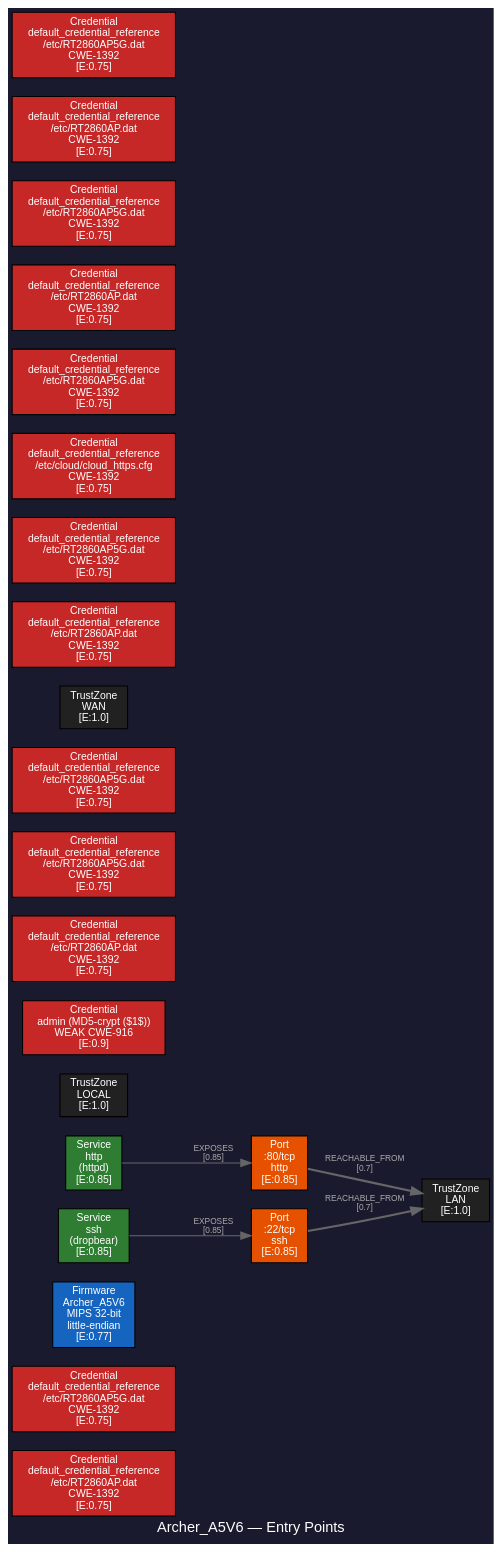
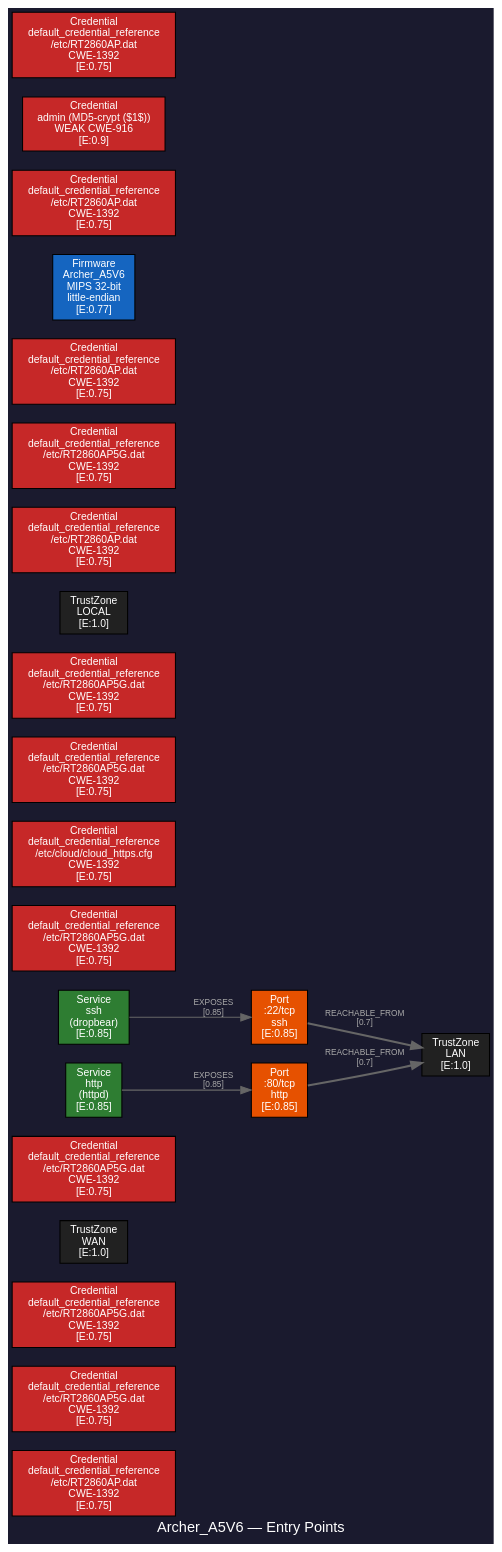
The diagram in analysis/Archer_A5V6/attack_surface/graph_entry_points.dot (masjadaan/fw-inspector), drawn with Graphviz before and after one commit. The commit also changed other lines of this file and 14 other files, not shown here.

```diff
--- a/analysis/Archer_A5V6/attack_surface/graph_entry_points.dot
+++ b/analysis/Archer_A5V6/attack_surface/graph_entry_points.dot
@@ -1,67 +1,67 @@
 digraph AttackSurface {
   label="Archer_A5V6 — Entry Points";
   graph [rankdir=LR fontname="Helvetica" bgcolor="#1a1a2e" labelfontcolor=white fontcolor=white];
   node [style=filled fontname="Helvetica" fontsize=10 fontcolor=white shape=box];
   edge [fontname="Helvetica" fontsize=8 fontcolor="#aaaaaa" color="#666666"];
 
+  "94be37a1-24bd-53a2-a498-72047276d1e6" [label="Credential\ndefault_credential_reference
+/etc/RT2860AP.dat
+CWE-1392\n[E:0.75]" fillcolor="#c62828"];
+  "c37d8892-79ee-5640-b28d-69d7a0d7cfff" [label="Credential\ndefault_credential_reference
+/etc/RT2860AP5G.dat
+CWE-1392\n[E:0.75]" fillcolor="#c62828"];
+  "35f1e079-f04b-56e1-a050-0d4300b50691" [label="Credential\ndefault_credential_reference
+/etc/RT2860AP5G.dat
+CWE-1392\n[E:0.75]" fillcolor="#c62828"];
+  "d8fd0554-f2d8-520a-bd9c-bdcb76f35719" [label="TrustZone\nWAN\n[E:1.0]" fillcolor="#212121"];
+  "aa217d6d-7ff6-51f3-809c-0520f198881f" [label="Credential\ndefault_credential_reference
+/etc/RT2860AP5G.dat
+CWE-1392\n[E:0.75]" fillcolor="#c62828"];
+  "9638fa9f-98ec-571f-b97a-9ae27fe69d1c" [label="Service\nssh
+(dropbear)\n[E:0.85]" fillcolor="#2e7d32"];
+  "47b0d35c-455f-596c-88f1-4f4329e287bb" [label="Credential\ndefault_credential_reference
+/etc/RT2860AP5G.dat
+CWE-1392\n[E:0.75]" fillcolor="#c62828"];
+  "9e6b0d2c-e2a2-5c00-a1ee-f7af6bf5b687" [label="Credential\ndefault_credential_reference
+/etc/cloud/cloud_https.cfg
+CWE-1392\n[E:0.75]" fillcolor="#c62828"];
+  "bd1394e0-d23a-57cf-b200-72576e83c7cd" [label="Port\n:22/tcp
+ssh\n[E:0.85]" fillcolor="#e65100"];
+  "3b293f21-0eb4-5f43-a812-6003abf47fe0" [label="Credential\ndefault_credential_reference
+/etc/RT2860AP5G.dat
+CWE-1392\n[E:0.75]" fillcolor="#c62828"];
+  "7dbc338d-87cb-5b26-b6a8-842c9860515c" [label="Credential\ndefault_credential_reference
+/etc/RT2860AP5G.dat
+CWE-1392\n[E:0.75]" fillcolor="#c62828"];
+  "3b2fed17-bbd8-5f69-9aa7-bca9923efaaf" [label="TrustZone\nLOCAL\n[E:1.0]" fillcolor="#212121"];
+  "d4f9643d-72e4-5943-9ed1-9c707bf974a9" [label="Credential\ndefault_credential_reference
+/etc/RT2860AP.dat
+CWE-1392\n[E:0.75]" fillcolor="#c62828"];
+  "17bdd733-84c8-5295-ba1b-932eec13c7c2" [label="TrustZone\nLAN\n[E:1.0]" fillcolor="#212121"];
+  "9c400bb1-4475-54d2-ad07-f1ec96145934" [label="Credential\ndefault_credential_reference
+/etc/RT2860AP5G.dat
+CWE-1392\n[E:0.75]" fillcolor="#c62828"];
   "60001d05-2222-592a-b425-11df33d38dcd" [label="Credential\ndefault_credential_reference
 /etc/RT2860AP.dat
-CWE-1392\n[E:0.75]" fillcolor="#c62828"];
-  "9c400bb1-4475-54d2-ad07-f1ec96145934" [label="Credential\ndefault_credential_reference
-/etc/RT2860AP5G.dat
 CWE-1392\n[E:0.75]" fillcolor="#c62828"];
   "8543e8e7-c056-5fd8-82a0-f2237989eb9b" [label="Firmware\nArcher_A5V6
 MIPS 32-bit
 little-endian\n[E:0.77]" fillcolor="#1565c0"];
-  "17bdd733-84c8-5295-ba1b-932eec13c7c2" [label="TrustZone\nLAN\n[E:1.0]" fillcolor="#212121"];
-  "3b2fed17-bbd8-5f69-9aa7-bca9923efaaf" [label="TrustZone\nLOCAL\n[E:1.0]" fillcolor="#212121"];
-  "c6c3a11d-aca5-59f5-8293-85aa4624d9cf" [label="Credential\nadmin (MD5-crypt ($1$))
-WEAK CWE-916\n[E:0.9]" fillcolor="#c62828"];
-  "5d3ae3cb-923a-56b3-bd71-e0194f1e5c6c" [label="Credential\ndefault_credential_reference
-/etc/RT2860AP.dat
-CWE-1392\n[E:0.75]" fillcolor="#c62828"];
-  "35f1e079-f04b-56e1-a050-0d4300b50691" [label="Credential\ndefault_credential_reference
-/etc/RT2860AP5G.dat
-CWE-1392\n[E:0.75]" fillcolor="#c62828"];
-  "47b0d35c-455f-596c-88f1-4f4329e287bb" [label="Credential\ndefault_credential_reference
-/etc/RT2860AP5G.dat
-CWE-1392\n[E:0.75]" fillcolor="#c62828"];
-  "9638fa9f-98ec-571f-b97a-9ae27fe69d1c" [label="Service\nssh
-(dropbear)\n[E:0.85]" fillcolor="#2e7d32"];
-  "d8fd0554-f2d8-520a-bd9c-bdcb76f35719" [label="TrustZone\nWAN\n[E:1.0]" fillcolor="#212121"];
   "79daf2e1-ce91-5c18-a063-9cd8c139f838" [label="Credential\ndefault_credential_reference
 /etc/RT2860AP.dat
 CWE-1392\n[E:0.75]" fillcolor="#c62828"];
-  "aa217d6d-7ff6-51f3-809c-0520f198881f" [label="Credential\ndefault_credential_reference
-/etc/RT2860AP5G.dat
-CWE-1392\n[E:0.75]" fillcolor="#c62828"];
+  "c6c3a11d-aca5-59f5-8293-85aa4624d9cf" [label="Credential\nadmin (MD5-crypt ($1$))
+WEAK CWE-916\n[E:0.9]" fillcolor="#c62828"];
   "0fad8007-fb86-55cd-b1dd-775249b69a07" [label="Service\nhttp
 (httpd)\n[E:0.85]" fillcolor="#2e7d32"];
-  "9e6b0d2c-e2a2-5c00-a1ee-f7af6bf5b687" [label="Credential\ndefault_credential_reference
-/etc/cloud/cloud_https.cfg
-CWE-1392\n[E:0.75]" fillcolor="#c62828"];
   "dcc26132-9ab7-58e3-b3c5-b963b9aaa986" [label="Port\n:80/tcp
 http\n[E:0.85]" fillcolor="#e65100"];
-  "c37d8892-79ee-5640-b28d-69d7a0d7cfff" [label="Credential\ndefault_credential_reference
-/etc/RT2860AP5G.dat
-CWE-1392\n[E:0.75]" fillcolor="#c62828"];
-  "d4f9643d-72e4-5943-9ed1-9c707bf974a9" [label="Credential\ndefault_credential_reference
+  "5d3ae3cb-923a-56b3-bd71-e0194f1e5c6c" [label="Credential\ndefault_credential_reference
 /etc/RT2860AP.dat
-CWE-1392\n[E:0.75]" fillcolor="#c62828"];
-  "3b293f21-0eb4-5f43-a812-6003abf47fe0" [label="Credential\ndefault_credential_reference
-/etc/RT2860AP5G.dat
-CWE-1392\n[E:0.75]" fillcolor="#c62828"];
-  "94be37a1-24bd-53a2-a498-72047276d1e6" [label="Credential\ndefault_credential_reference
-/etc/RT2860AP.dat
-CWE-1392\n[E:0.75]" fillcolor="#c62828"];
-  "bd1394e0-d23a-57cf-b200-72576e83c7cd" [label="Port\n:22/tcp
-ssh\n[E:0.85]" fillcolor="#e65100"];
-  "7dbc338d-87cb-5b26-b6a8-842c9860515c" [label="Credential\ndefault_credential_reference
-/etc/RT2860AP5G.dat
 CWE-1392\n[E:0.75]" fillcolor="#c62828"];
 
   "9638fa9f-98ec-571f-b97a-9ae27fe69d1c" -> "bd1394e0-d23a-57cf-b200-72576e83c7cd" [label="EXPOSES\n[0.85]" style=solid];
   "bd1394e0-d23a-57cf-b200-72576e83c7cd" -> "17bdd733-84c8-5295-ba1b-932eec13c7c2" [label="REACHABLE_FROM\n[0.7]" style=bold];
   "0fad8007-fb86-55cd-b1dd-775249b69a07" -> "dcc26132-9ab7-58e3-b3c5-b963b9aaa986" [label="EXPOSES\n[0.85]" style=solid];
   "dcc26132-9ab7-58e3-b3c5-b963b9aaa986" -> "17bdd733-84c8-5295-ba1b-932eec13c7c2" [label="REACHABLE_FROM\n[0.7]" style=bold];
 }
```
